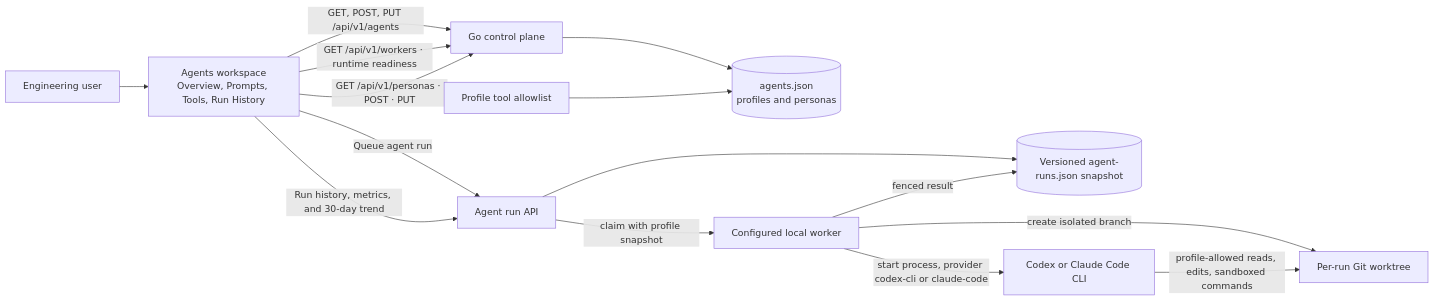
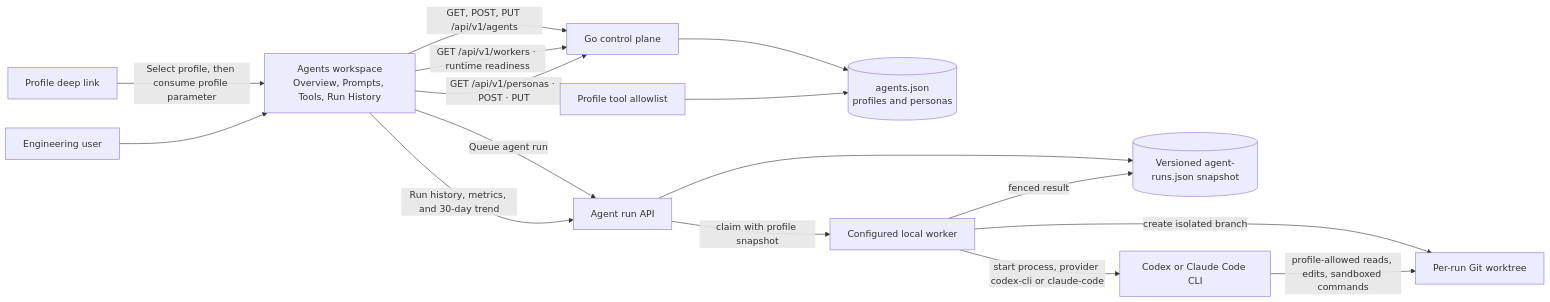
The diagram in docs/features/agent-profiles.md (bogdaniel/zenchron-engineering-os), drawn with Mermaid before and after one commit. The commit also changed 14 other files, not shown here.

Commit message:
fix(dashboard): consume one-shot navigation parameters

````diff
--- a/docs/features/agent-profiles.md
+++ b/docs/features/agent-profiles.md
@@ -48,17 +48,18 @@
 ```mermaid
 flowchart LR
+    Link["Profile deep link"] -->|Select profile, then consume profile parameter| Dashboard
     User[Engineering user] --> Dashboard[Agents workspace]
     Dashboard[Agents workspace<br/>Overview, Prompts, Tools, Run History] -->|GET, POST, PUT /api/v1/agents| API[Go control plane]
     Dashboard -->|GET /api/v1/workers · runtime readiness| API
     Dashboard -->|Queue agent run| Runs[Agent run API]
     Dashboard -->|GET /api/v1/personas · POST · PUT| API
     API --> Store[(agents.json<br/>profiles and personas)]
     Runs --> RunStore[(Versioned agent-runs.json snapshot)]
     Dashboard -->|Run history, metrics, and 30-day trend| Runs
     Tools[Profile tool allowlist] --> Store
     Runs -->|claim with profile snapshot| Worker[Configured local worker]
     Worker -->|start process, provider codex-cli or claude-code| Harness[Codex or Claude Code CLI]
     Worker -->|create isolated branch| Worktree[Per-run Git worktree]
     Harness -->|profile-allowed reads, edits, sandboxed commands| Worktree
     Worker -->|fenced result| RunStore
 ```
````
